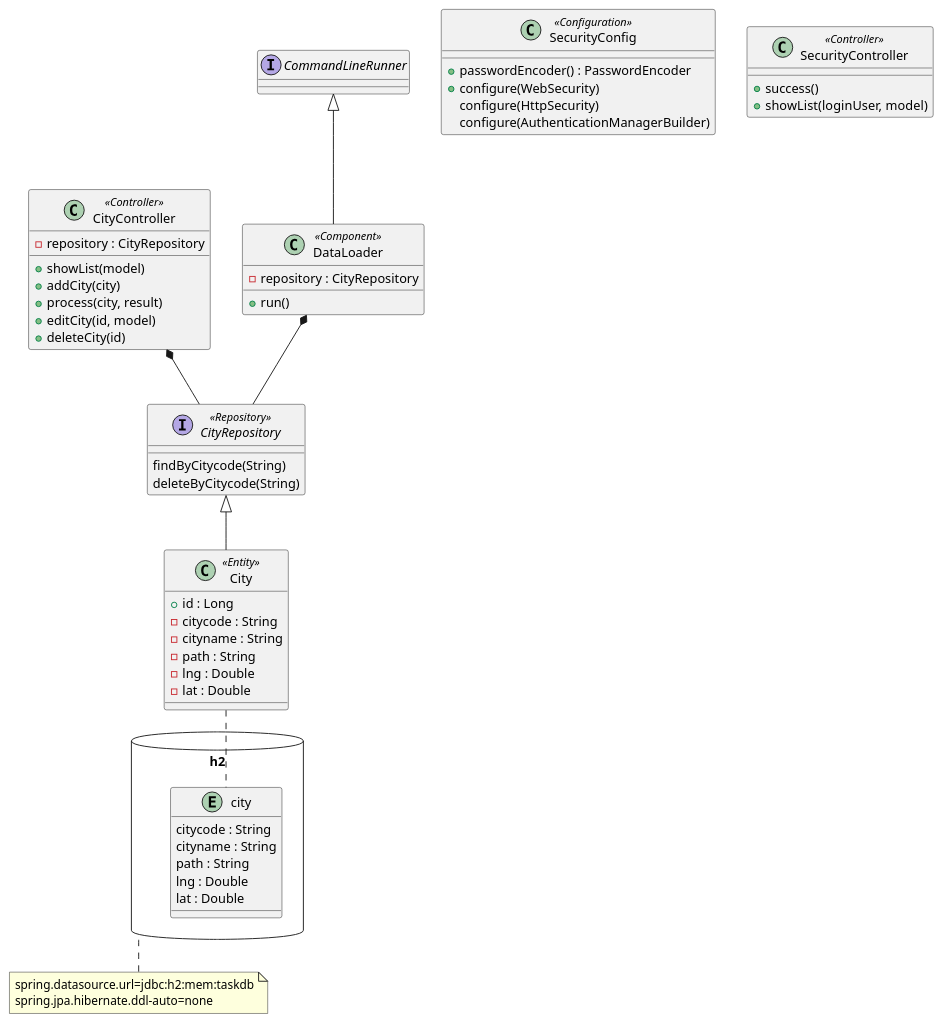
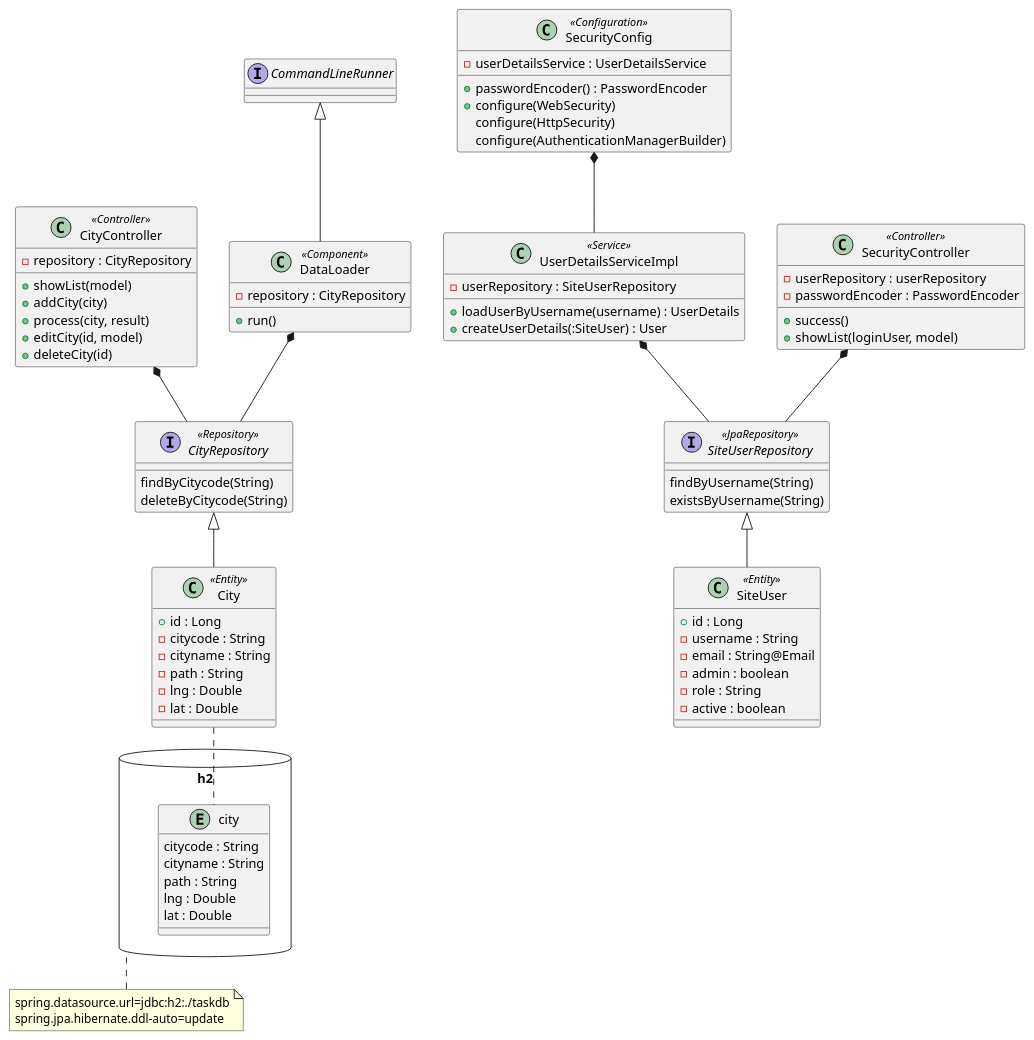
One commit to yuuhayashi/task-bldg changed the diagram in class.pu. Above: the diagram before and after it, drawn with PlantUML. The commit also changed 16 other files, not shown here.

```diff
--- a/class.pu
+++ b/class.pu
@@ -1,62 +1,89 @@
 @startuml
 
 database "h2" as db {
 	entity city {
 		citycode : String
 		cityname : String
 		path : String
 		lng : Double
 		lat : Double
 	}
 }
-note bottom of db : spring.datasource.url=jdbc:h2:mem:taskdb\nspring.jpa.hibernate.ddl-auto=none
+note bottom of db : spring.datasource.url=jdbc:h2:./taskdb\nspring.jpa.hibernate.ddl-auto=update
 
 class SecurityConfig <<Configuration>> {
+	- userDetailsService : UserDetailsService
 	+ passwordEncoder() : PasswordEncoder
 	+ configure(WebSecurity)
 	configure(HttpSecurity)
 	configure(AuthenticationManagerBuilder)
 }
 
+class UserDetailsServiceImpl <<Service>> {
+  - userRepository : SiteUserRepository
+  + loadUserByUsername(username) : UserDetails
+  + createUserDetails(:SiteUser) : User
+}
+
 class SecurityController <<Controller>> {
+  - userRepository : userRepository
+  - passwordEncoder : PasswordEncoder
   + success()
   + showList(loginUser, model)
 }
+
+class SiteUser <<Entity>> {
+  + id : Long
+  - username : String
+  - email : String@Email
+  - admin : boolean
+  - role : String
+  - active : boolean
+}
+
+interface SiteUserRepository <<JpaRepository>> {
+	findByUsername(String)
+	existsByUsername(String)
+}
+SecurityConfig *-- UserDetailsServiceImpl
+UserDetailsServiceImpl *-- SiteUserRepository
+SecurityController *-- SiteUserRepository
+SiteUserRepository <|-- SiteUser
 
 class City <<Entity>> {
   + id : Long
   - citycode : String
   - cityname : String
   - path : String
   - lng : Double
   - lat : Double
 }
 City .. city
 
 interface CityRepository <<Repository>> {
 	findByCitycode(String)
 	deleteByCitycode(String)
 }
 
 class CityController <<Controller>> {
   - repository : CityRepository
   + showList(model)
   + addCity(city)
   + process(city, result)
   + editCity(id, model)
   + deleteCity(id)
 }
 
 interface CommandLineRunner
 
 class DataLoader <<Component>> {
   - repository : CityRepository
   + run()
 }
 
 CityRepository <|-- City
 DataLoader *-- CityRepository
 CommandLineRunner <|-- DataLoader
 
 CityController *-- CityRepository
 @enduml
```
